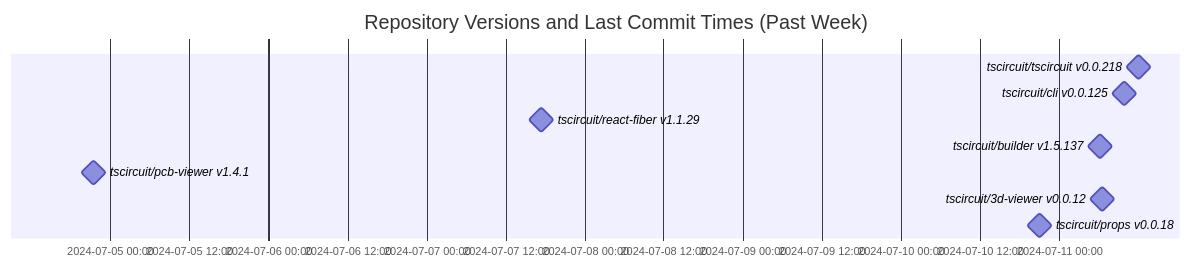
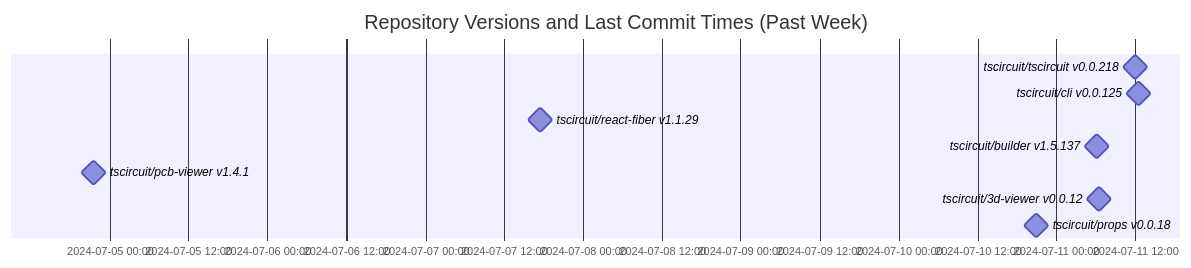
The diagram in README.md (tscircuit/version-tracker), drawn with Mermaid before and after one commit.

Commit message:
Update chart

````diff
--- a/README.md
+++ b/README.md
@@ -1,14 +1,14 @@
 ```mermaid
 gantt
   dateFormat  YYYY-MM-DD HH:mm:ss
   title Repository Versions and Last Commit Times (Past Week)
   axisFormat %Y-%m-%d %H:%M
 
   tscircuit/tscircuit v0.0.218 : milestone, 2024-07-11 11:58:00, 1s
-  tscircuit/cli v0.0.125 : milestone, 2024-07-11 09:51:12, 1s
+  tscircuit/cli v0.0.125 : milestone, 2024-07-11 12:30:21, 1s
   tscircuit/react-fiber v1.1.29 : milestone, 2024-07-07 17:23:26, 1s
   tscircuit/builder v1.5.137 : milestone, 2024-07-11 06:10:19, 1s
   tscircuit/pcb-viewer v1.4.1 : milestone, 2024-07-04 21:31:51, 1s
   tscircuit/3d-viewer v0.0.12 : milestone, 2024-07-11 06:31:56, 1s
   tscircuit/props v0.0.18 : milestone, 2024-07-10 20:59:29, 1s
 ```
````
